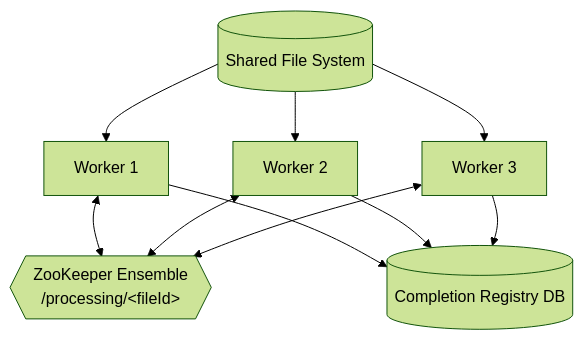
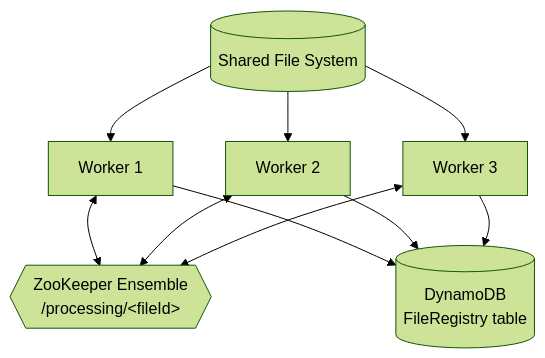
One commit to karankotz/zookeeper-file-monitor changed the diagram in docs/Architecture.md. Above: the diagram before and after it, drawn with Mermaid (forest theme). The commit also changed other lines of this file and 27 other files, not shown here.

First line of the commit message:
Implement file monitoring service with ZooKeeper ownership and DynamoDB registry

````diff
--- a/docs/Architecture.md
+++ b/docs/Architecture.md
@@ -3,13 +3,13 @@
 ```mermaid
 flowchart TB
     FS[(Shared File System)]
     W1[Worker 1]
     W2[Worker 2]
     W3[Worker 3]
     ZK{{ZooKeeper Ensemble<br/>/processing/&lt;fileId&gt;}}
-    DB[(Completion Registry DB)]
+    DB[(DynamoDB<br/>FileRegistry table)]
 
     FS --> W1 & W2 & W3
     W1 & W2 & W3 <--> ZK
     W1 & W2 & W3 --> DB
 ```
````
